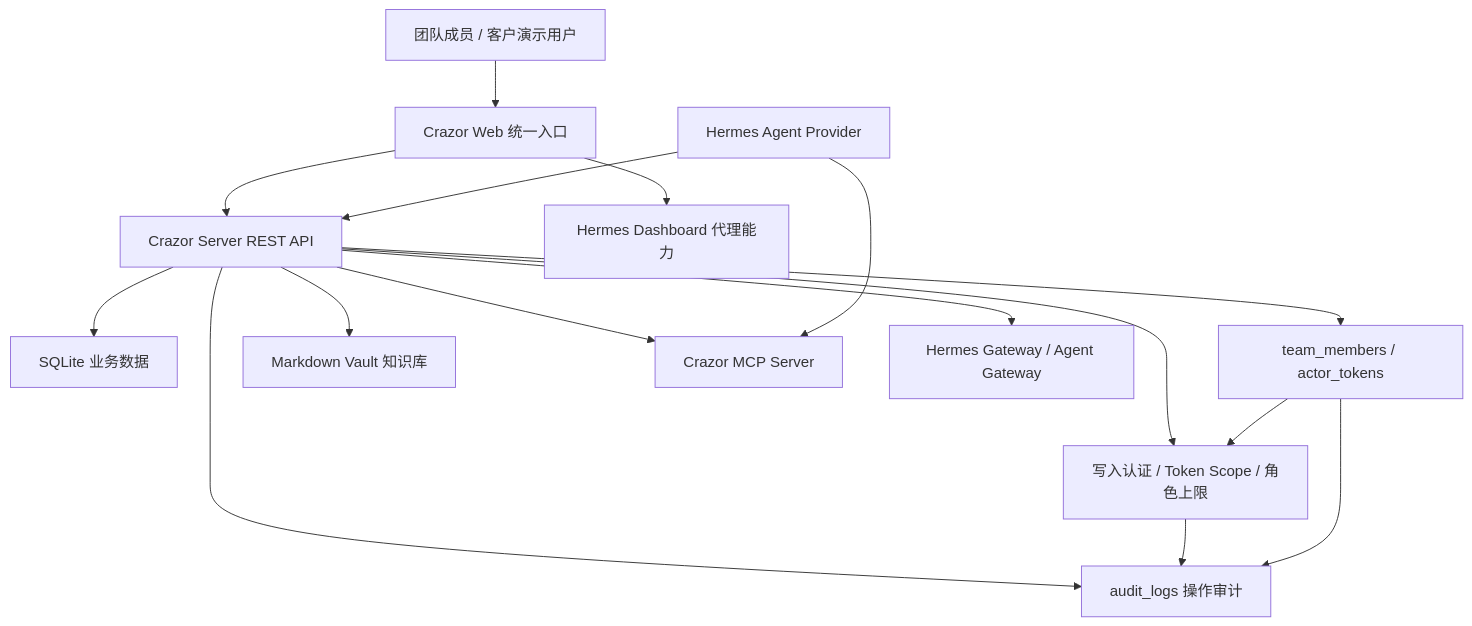
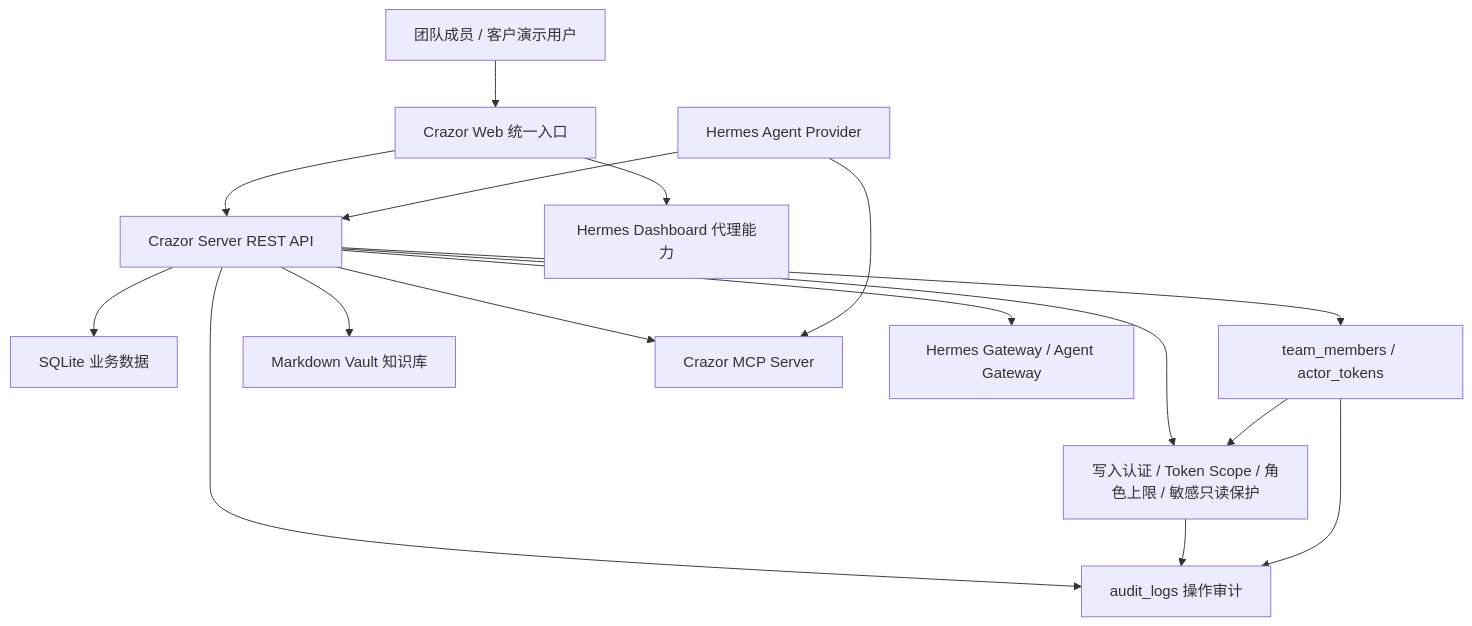
One commit to superxia01/Crazor changed the first of 4 diagrams in docs/audit/product-function-map.md. Above: the diagram before and after it, drawn with Mermaid. The commit also changed other lines of this file and 8 other files, not shown here.

````diff
--- a/docs/audit/product-function-map.md
+++ b/docs/audit/product-function-map.md
@@ -7,18 +7,18 @@
 ```mermaid
 graph TD
   User["团队成员 / 客户演示用户"] --> Web["Crazor Web 统一入口"]
   Web --> Server["Crazor Server REST API"]
   Web --> HermesDashboard["Hermes Dashboard 代理能力"]
   Server --> DB["SQLite 业务数据"]
   Server --> Identity["team_members / actor_tokens"]
-  Server --> Permission["写入认证 / Token Scope / 角色上限"]
+  Server --> Permission["写入认证 / Token Scope / 角色上限 / 敏感只读保护"]
   Server --> Audit["audit_logs 操作审计"]
   Server --> Vault["Markdown Vault 知识库"]
   Server --> MCP["Crazor MCP Server"]
   Hermes["Hermes Agent Provider"] --> MCP
   Hermes --> Server
   Server --> HermesGateway["Hermes Gateway / Agent Gateway"]
   Identity --> Permission
   Permission --> Audit
   Identity --> Audit
 ```
````
